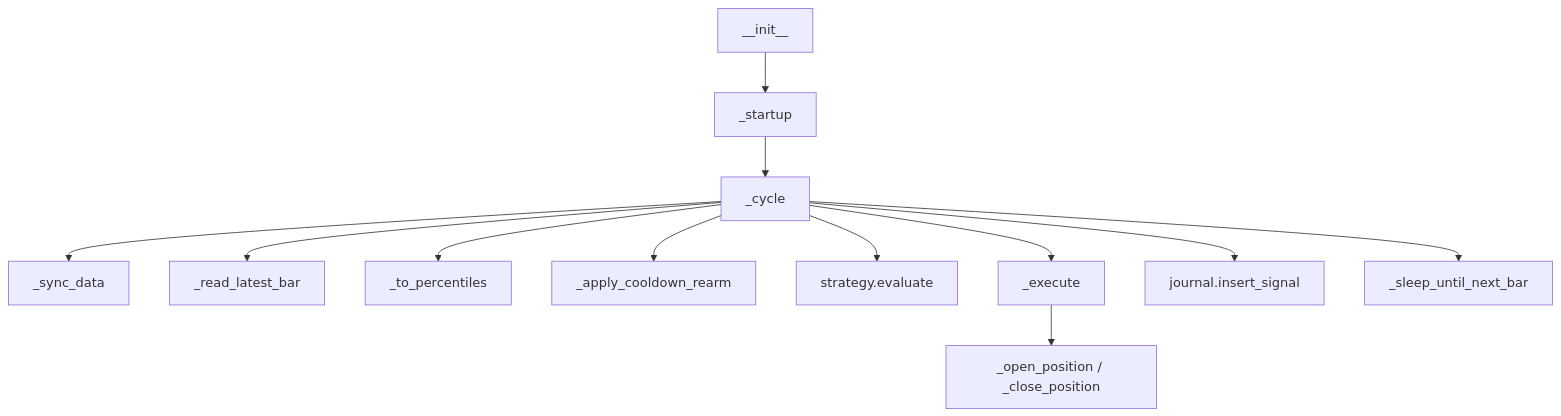
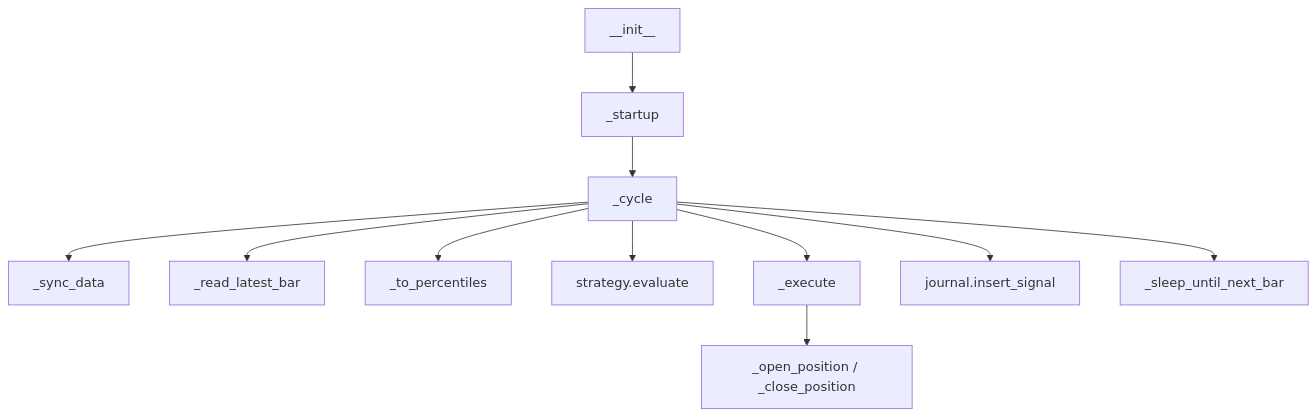
The first of 4 diagrams in _doc_/database_and_code_doc/7120_trading_service.md (Nemesis14/chronoquant), drawn with Mermaid before and after one commit. The commit also changed other lines of this file and 837 other files, not shown here.

````diff
--- a/_doc_/database_and_code_doc/7120_trading_service.md
+++ b/_doc_/database_and_code_doc/7120_trading_service.md
@@ -16,14 +16,13 @@
 ```mermaid
 flowchart TD
   INIT["__init__"] --> START["_startup"]
   START --> LOOP["_cycle"]
   LOOP --> SYNC["_sync_data"]
   LOOP --> READ["_read_latest_bar"]
   LOOP --> PCT["_to_percentiles"]
-  LOOP --> REARM["_apply_cooldown_rearm"]
   LOOP --> EVAL["strategy.evaluate"]
   LOOP --> EXEC["_execute"]
   LOOP --> SIG["journal.insert_signal"]
   EXEC --> OPEN["_open_position / _close_position"]
   LOOP --> SLEEP["_sleep_until_next_bar"]
 ```
````
